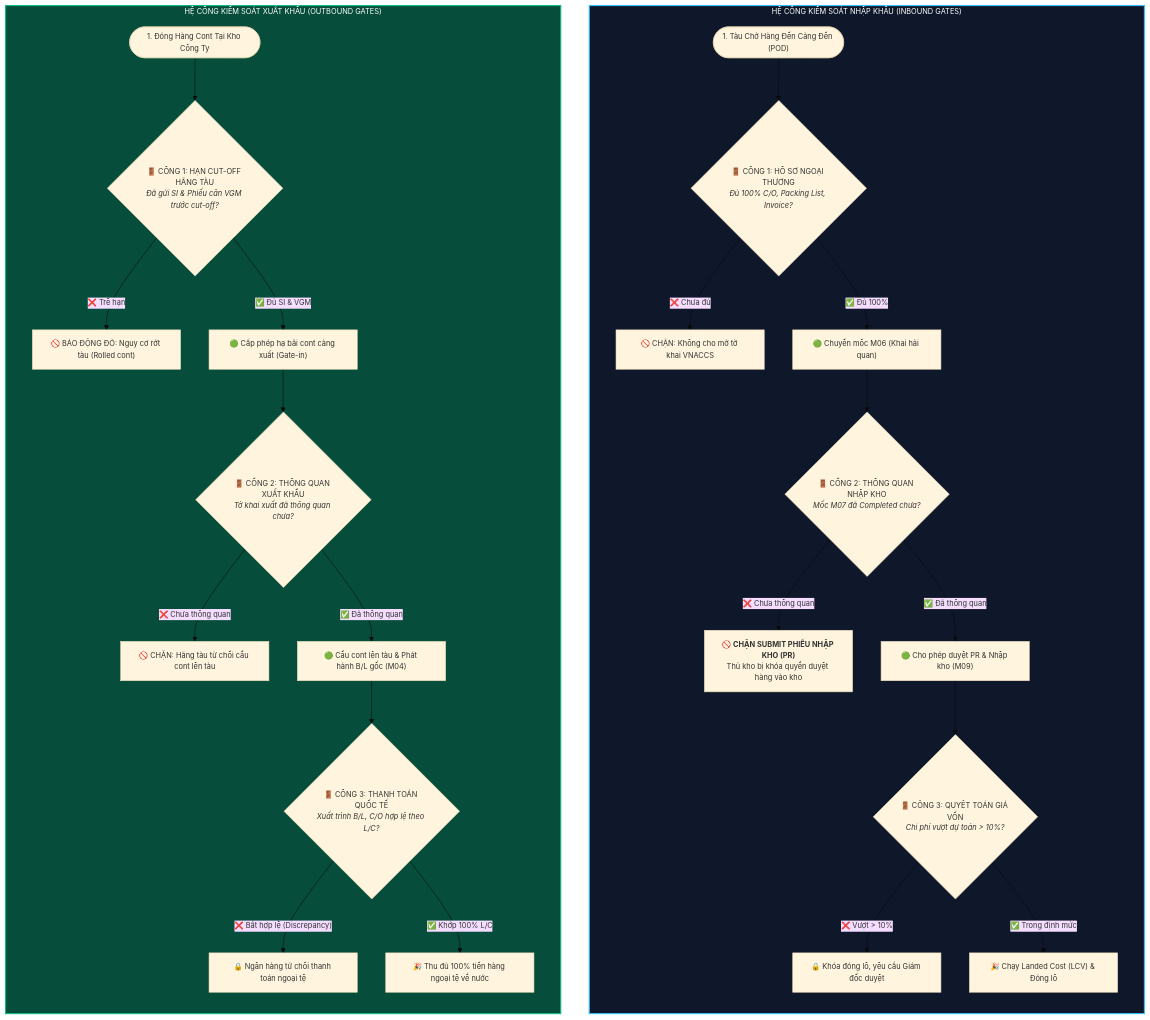
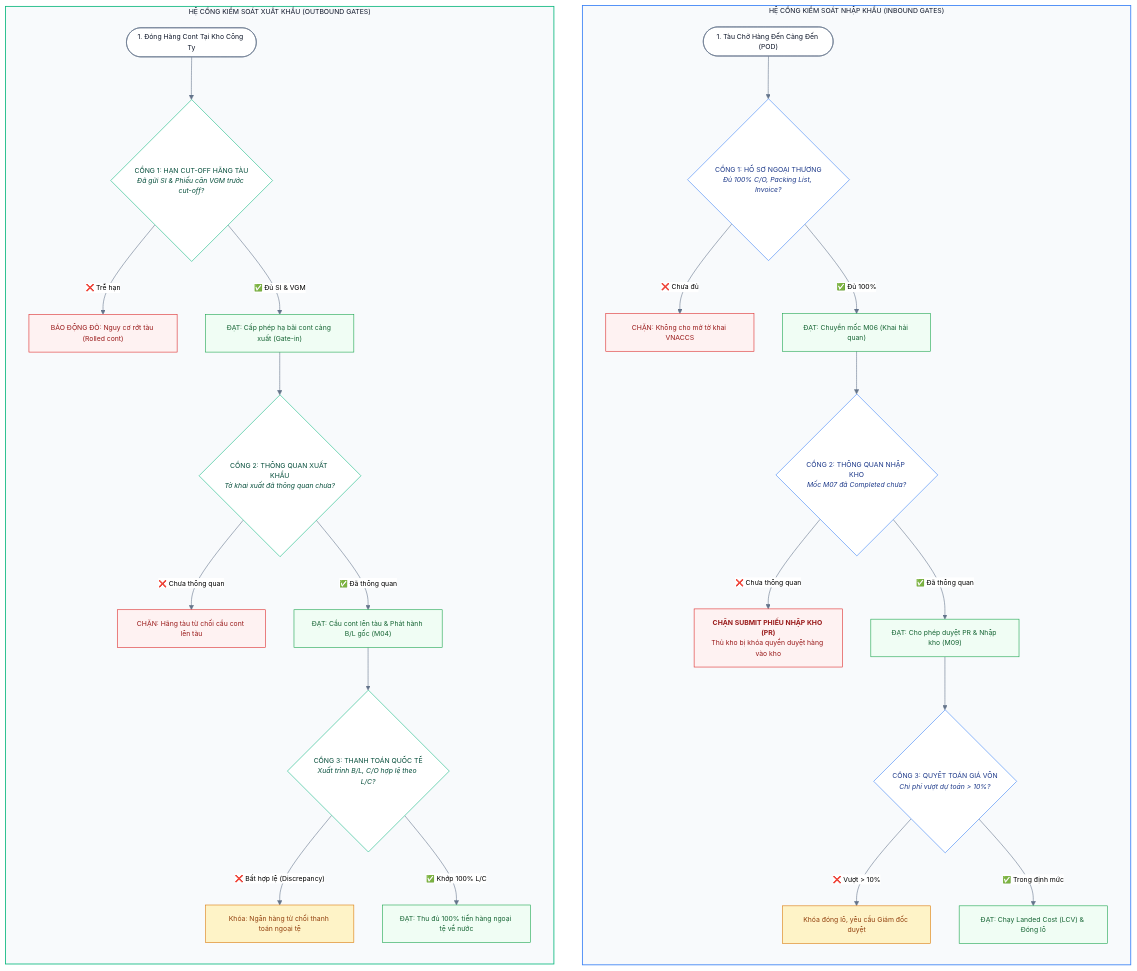
One commit to capkimkhanh2k5/Logistics_ERPNext_RAG changed the third of 3 diagrams in KIEN_TRUC_HE_THONG_QUAN_TRI_XUAT_NHAP_KHAU.md. Above: the diagram before and after it, drawn with Mermaid. The commit also changed other lines of this file, not shown here.

Commit message:
docs: update system architecture diagram to clean Microsoft Teams design language

````diff
--- a/KIEN_TRUC_HE_THONG_QUAN_TRI_XUAT_NHAP_KHAU.md
+++ b/KIEN_TRUC_HE_THONG_QUAN_TRI_XUAT_NHAP_KHAU.md
@@ -171,36 +171,58 @@
 ```mermaid
-%%{init: {'theme': 'base', 'themeVariables': { 'fontFamily': 'Segoe UI, Arial, sans-serif', 'fontSize': '13px'}}}%%
+%%{init: {'theme': 'neutral', 'themeVariables': { 'fontFamily': 'Segoe UI, Arial, sans-serif', 'fontSize': '12px', 'lineColor': '#64748B'}}}%%
 flowchart TD
     subgraph GATES_IN["HỆ CỔNG KIỂM SOÁT NHẬP KHẨU (INBOUND GATES)"]
         direction TB
-        IN_START(["1. Tàu Chở Hàng Đến Cảng Đến (POD)"]) --> IN_G1{"🚪 CỔNG 1: HỒ SƠ NGOẠI THƯƠNG<br><i>Đủ 100% C/O, Packing List, Invoice?</i>"}
-        IN_G1 -- "❌ Chưa đủ" --> IN_STOP1["🚫 CHẶN: Không cho mở tờ khai VNACCS"]
-        IN_G1 -- "✅ Đủ 100%" --> IN_PASS1["🟢 Chuyển mốc M06 (Khai hải quan)"]
+        IN_START(["1. Tàu Chở Hàng Đến Cảng Đến (POD)"]) --> IN_G1{"CỔNG 1: HỒ SƠ NGOẠI THƯƠNG<br><i>Đủ 100% C/O, Packing List, Invoice?</i>"}
+        IN_G1 -- "❌ Chưa đủ" --> IN_STOP1["CHẶN: Không cho mở tờ khai VNACCS"]
+        IN_G1 -- "✅ Đủ 100%" --> IN_PASS1["ĐẠT: Chuyển mốc M06 (Khai hải quan)"]
         
-        IN_PASS1 --> IN_G2{"🚪 CỔNG 2: THÔNG QUAN NHẬP KHO<br><i>Mốc M07 đã Completed chưa?</i>"}
-        IN_G2 -- "❌ Chưa thông quan" --> IN_STOP2["🚫 <b>CHẶN SUBMIT PHIẾU NHẬP KHO (PR)</b><br>Thủ kho bị khóa quyền duyệt hàng vào kho"]
-        IN_G2 -- "✅ Đã thông quan" --> IN_PASS2["🟢 Cho phép duyệt PR & Nhập kho (M09)"]
+        IN_PASS1 --> IN_G2{"CỔNG 2: THÔNG QUAN NHẬP KHO<br><i>Mốc M07 đã Completed chưa?</i>"}
+        IN_G2 -- "❌ Chưa thông quan" --> IN_STOP2["<b>CHẶN SUBMIT PHIẾU NHẬP KHO (PR)</b><br>Thủ kho bị khóa quyền duyệt hàng vào kho"]
+        IN_G2 -- "✅ Đã thông quan" --> IN_PASS2["ĐẠT: Cho phép duyệt PR & Nhập kho (M09)"]
 
-        IN_PASS2 --> IN_G3{"🚪 CỔNG 3: QUYẾT TOÁN GIÁ VỐN<br><i>Chi phí vượt dự toán > 10%?</i>"}
-        IN_G3 -- "❌ Vượt > 10%" --> IN_STOP3["🔒 Khóa đóng lô, yêu cầu Giám đốc duyệt"]
-        IN_G3 -- "✅ Trong định mức" --> IN_PASS3["🎉 Chạy Landed Cost (LCV) & Đóng lô"]
+        IN_PASS2 --> IN_G3{"CỔNG 3: QUYẾT TOÁN GIÁ VỐN<br><i>Chi phí vượt dự toán > 10%?</i>"}
+        IN_G3 -- "❌ Vượt > 10%" --> IN_STOP3["Khóa đóng lô, yêu cầu Giám đốc duyệt"]
+        IN_G3 -- "✅ Trong định mức" --> IN_PASS3["ĐẠT: Chạy Landed Cost (LCV) & Đóng lô"]
     end
 
     subgraph GATES_OUT["HỆ CỔNG KIỂM SOÁT XUẤT KHẨU (OUTBOUND GATES)"]
         direction TB
-        OUT_START(["1. Đóng Hàng Cont Tại Kho Công Ty"]) --> OUT_G1{"🚪 CỔNG 1: HẠN CUT-OFF HÃNG TÀU<br><i>Đã gửi SI & Phiếu cân VGM trước cut-off?</i>"}
-        OUT_G1 -- "❌ Trễ hạn" --> OUT_STOP1["🚫 BÁO ĐỘNG ĐỎ: Nguy cơ rớt tàu (Rolled cont)"]
-        OUT_G1 -- "✅ Đủ SI & VGM" --> OUT_PASS1["🟢 Cấp phép hạ bãi cont cảng xuất (Gate-in)"]
+        OUT_START(["1. Đóng Hàng Cont Tại Kho Công Ty"]) --> OUT_G1{"CỔNG 1: HẠN CUT-OFF HÃNG TÀU<br><i>Đã gửi SI & Phiếu cân VGM trước cut-off?</i>"}
+        OUT_G1 -- "❌ Trễ hạn" --> OUT_STOP1["BÁO ĐỘNG ĐỎ: Nguy cơ rớt tàu (Rolled cont)"]
+        OUT_G1 -- "✅ Đủ SI & VGM" --> OUT_PASS1["ĐẠT: Cấp phép hạ bãi cont cảng xuất (Gate-in)"]
 
-        OUT_PASS1 --> OUT_G2{"🚪 CỔNG 2: THÔNG QUAN XUẤT KHẨU<br><i>Tờ khai xuất đã thông quan chưa?</i>"}
-        OUT_G2 -- "❌ Chưa thông quan" --> OUT_STOP2["🚫 CHẶN: Hãng tàu từ chối cẩu cont lên tàu"]
-        OUT_G2 -- "✅ Đã thông quan" --> OUT_PASS2["🟢 Cẩu cont lên tàu & Phát hành B/L gốc (M04)"]
+        OUT_PASS1 --> OUT_G2{"CỔNG 2: THÔNG QUAN XUẤT KHẨU<br><i>Tờ khai xuất đã thông quan chưa?</i>"}
+        OUT_G2 -- "❌ Chưa thông quan" --> OUT_STOP2["CHẶN: Hãng tàu từ chối cẩu cont lên tàu"]
+        OUT_G2 -- "✅ Đã thông quan" --> OUT_PASS2["ĐẠT: Cẩu cont lên tàu & Phát hành B/L gốc (M04)"]
 
-        OUT_PASS2 --> OUT_G3{"🚪 CỔNG 3: THANH TOÁN QUỐC TẾ<br><i>Xuất trình B/L, C/O hợp lệ theo L/C?</i>"}
-        OUT_G3 -- "❌ Bất hợp lệ (Discrepancy)" --> OUT_STOP3["🔒 Ngân hàng từ chối thanh toán ngoại tệ"]
-        OUT_G3 -- "✅ Khớp 100% L/C" --> OUT_PASS3["🎉 Thu đủ 100% tiền hàng ngoại tệ về nước"]
+        OUT_PASS2 --> OUT_G3{"CỔNG 3: THANH TOÁN QUỐC TẾ<br><i>Xuất trình B/L, C/O hợp lệ theo L/C?</i>"}
+        OUT_G3 -- "❌ Bất hợp lệ (Discrepancy)" --> OUT_STOP3["Khóa: Ngân hàng từ chối thanh toán ngoại tệ"]
+        OUT_G3 -- "✅ Khớp 100% L/C" --> OUT_PASS3["ĐẠT: Thu đủ 100% tiền hàng ngoại tệ về nước"]
     end
 
-    style GATES_IN fill:#0F172A,stroke:#38BDF8,stroke-width:2px,color:#FFFFFF
-    style GATES_OUT fill:#064E3B,stroke:#10B981,stroke-width:2px,color:#FFFFFF
+    style GATES_IN fill:#F8FAFC,stroke:#3B82F6,stroke-width:1.5px,color:#0F172A
+    style GATES_OUT fill:#F8FAFC,stroke:#10B981,stroke-width:1.5px,color:#0F172A
+
+    style IN_START fill:#FFFFFF,stroke:#64748B,color:#0F172A
+    style IN_G1 fill:#FFFFFF,stroke:#3B82F6,color:#1E3A8A
+    style IN_G2 fill:#FFFFFF,stroke:#3B82F6,color:#1E3A8A
+    style IN_G3 fill:#FFFFFF,stroke:#3B82F6,color:#1E3A8A
+    style IN_STOP1 fill:#FEF2F2,stroke:#DC2626,color:#991B1B
+    style IN_STOP2 fill:#FEF2F2,stroke:#DC2626,color:#991B1B
+    style IN_STOP3 fill:#FEF3C7,stroke:#D97706,color:#92400E
+    style IN_PASS1 fill:#F0FDF4,stroke:#16A34A,color:#166534
+    style IN_PASS2 fill:#F0FDF4,stroke:#16A34A,color:#166534
+    style IN_PASS3 fill:#F0FDF4,stroke:#16A34A,color:#166534
+
+    style OUT_START fill:#FFFFFF,stroke:#64748B,color:#0F172A
+    style OUT_G1 fill:#FFFFFF,stroke:#10B981,color:#064E3B
+    style OUT_G2 fill:#FFFFFF,stroke:#10B981,color:#064E3B
+    style OUT_G3 fill:#FFFFFF,stroke:#10B981,color:#064E3B
+    style OUT_STOP1 fill:#FEF2F2,stroke:#DC2626,color:#991B1B
+    style OUT_STOP2 fill:#FEF2F2,stroke:#DC2626,color:#991B1B
+    style OUT_STOP3 fill:#FEF3C7,stroke:#D97706,color:#92400E
+    style OUT_PASS1 fill:#F0FDF4,stroke:#16A34A,color:#166534
+    style OUT_PASS2 fill:#F0FDF4,stroke:#16A34A,color:#166534
+    style OUT_PASS3 fill:#F0FDF4,stroke:#16A34A,color:#166534
 ```
````
